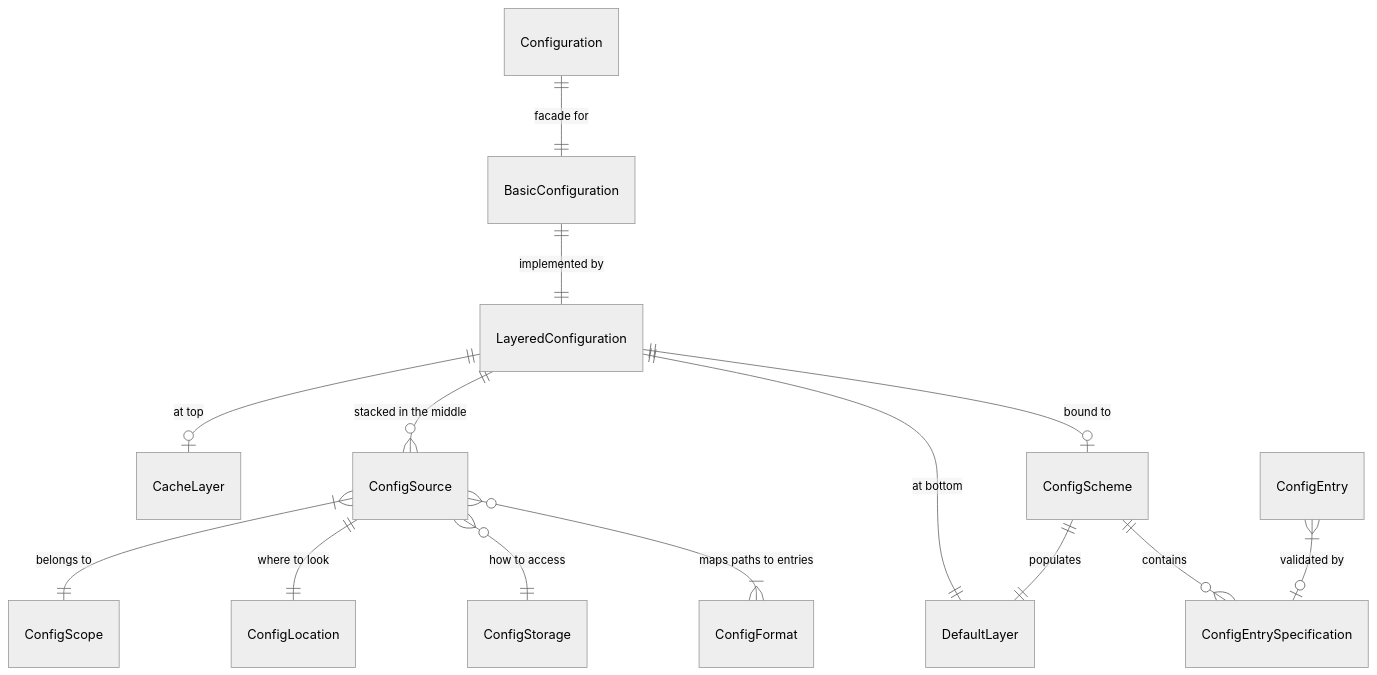
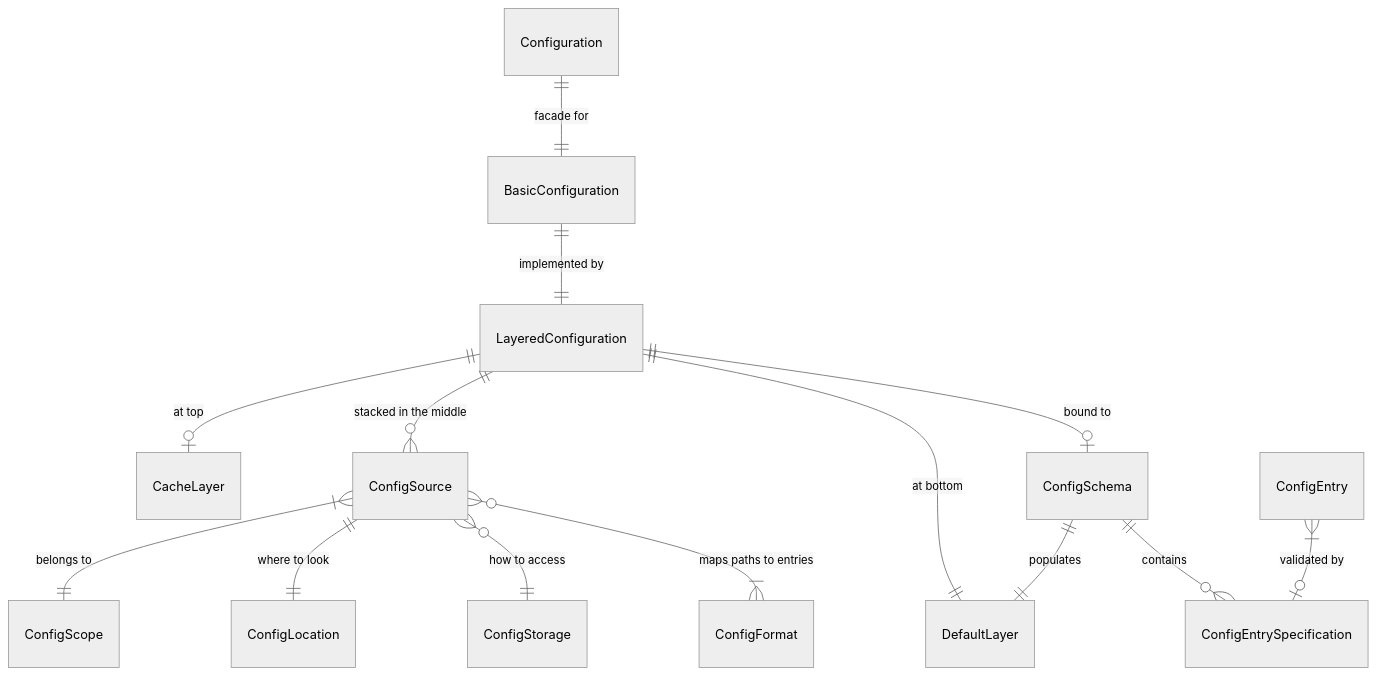
Before and after one commit to meta-bit/mconfig: the second of 2 diagrams in documentation/src/site/markdown/44_design_consolidated.md, drawn with Mermaid. The commit also changed other lines of this file and 258 other files, not shown here.

Commit message:
0.8.8 release scheme to schema renaming (API change) ConfigEvent (API addition, as planned) improvements in file format handling and CLI JSON-LD additions bugfixes and dependency updates

````diff
--- a/documentation/src/site/markdown/44_design_consolidated.md
+++ b/documentation/src/site/markdown/44_design_consolidated.md
@@ -268,17 +272,17 @@
 ```mermaid
 %%{init: {'theme':'neutral'}}%%
 erDiagram
     Configuration ||--|| BasicConfiguration : "facade for"
     BasicConfiguration ||--|| LayeredConfiguration : "implemented by"
     LayeredConfiguration ||--o| CacheLayer : "at top"
     LayeredConfiguration ||--o{ ConfigSource : "stacked in the middle"
     LayeredConfiguration ||--|| DefaultLayer : "at bottom"
-    LayeredConfiguration ||--o| ConfigScheme : "bound to"
-    ConfigScheme ||--|| DefaultLayer : "populates"
-    ConfigScheme ||--o{ ConfigEntrySpecification : "contains"
+    LayeredConfiguration ||--o| ConfigSchema : "bound to"
+    ConfigSchema ||--|| DefaultLayer : "populates"
+    ConfigSchema ||--o{ ConfigEntrySpecification : "contains"
     ConfigEntry }|--o| ConfigEntrySpecification : "validated by"
     ConfigSource }|--|| ConfigScope : "belongs to"
     ConfigSource ||--|| ConfigLocation : "where to look"
     ConfigSource }o--|| ConfigStorage : "how to access"
     ConfigSource }o--|{ ConfigFormat : "maps paths to entries"
 ```
````
